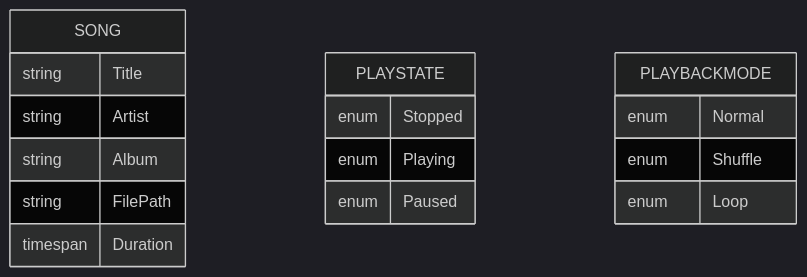
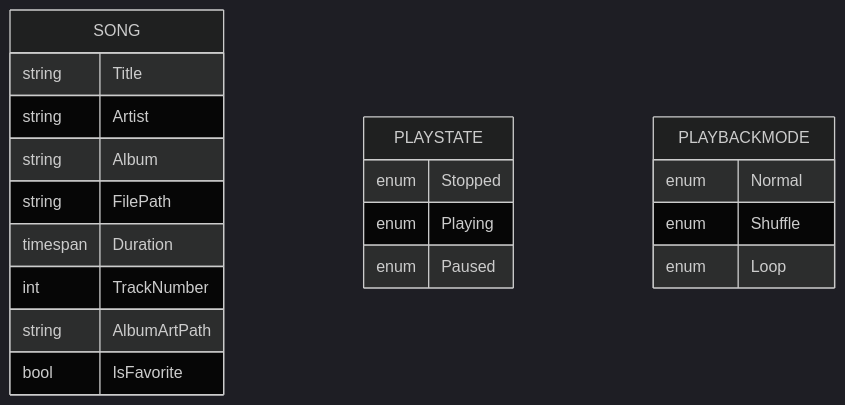
One commit to mariamjensen42-glitch/LocalMusicPlayer changed the seventh of 8 diagrams in .qoder/repowiki/zh/content/用户界面层/用户界面层.md. Above: the diagram before and after it, drawn with Mermaid (dark theme). The commit also changed other lines of this file and 14 other files, not shown here.

````diff
--- a/.qoder/repowiki/zh/content/用户界面层/用户界面层.md
+++ b/.qoder/repowiki/zh/content/用户界面层/用户界面层.md
@@ -328,20 +370,23 @@
 ```mermaid
 erDiagram
 SONG {
 string Title
 string Artist
 string Album
 string FilePath
 timespan Duration
+int TrackNumber
+string AlbumArtPath
+bool IsFavorite
 }
 PLAYSTATE {
 enum Stopped
 enum Playing
 enum Paused
 }
 PLAYBACKMODE {
 enum Normal
 enum Shuffle
 enum Loop
 }
 ```
````
